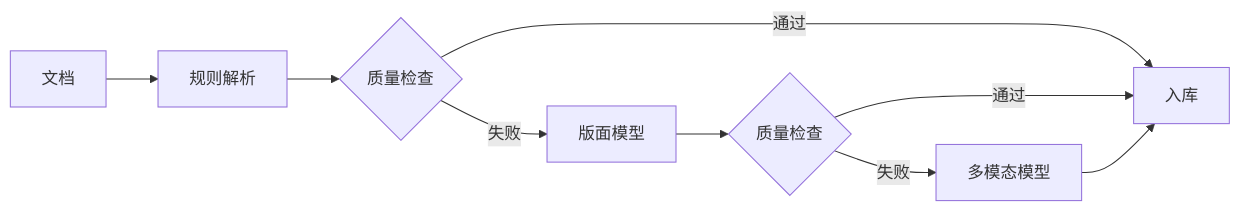
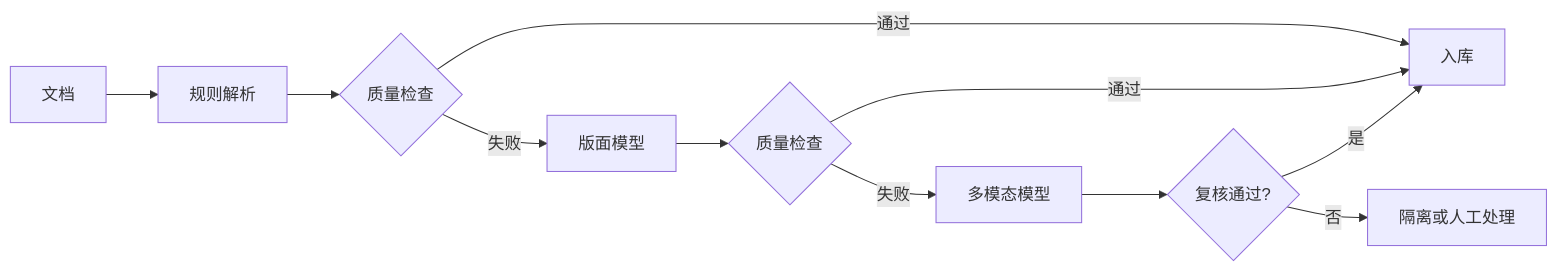
The second of 2 diagrams in docs/rag/02-ingestion-indexing/03-document-parsing.md (oneleaveknowsthefall/awesome-ai-roadmap), drawn with Mermaid before and after one commit. The commit also changed other lines of this file and 61 other files, not shown here.

````diff
--- a/docs/rag/02-ingestion-indexing/03-document-parsing.md
+++ b/docs/rag/02-ingestion-indexing/03-document-parsing.md
@@ -58,11 +62,13 @@
 ```mermaid
 flowchart LR
     IN[文档] --> T1[规则解析]
     T1 --> CK{质量检查}
     CK -->|通过| OK[入库]
     CK -->|失败| T2[版面模型]
     T2 --> CK2{质量检查}
     CK2 -->|通过| OK
     CK2 -->|失败| T3[多模态模型]
-    T3 --> OK
+    T3 --> CK3{复核通过?}
+    CK3 -->|是| OK
+    CK3 -->|否| HOLD[隔离或人工处理]
 ```
````
